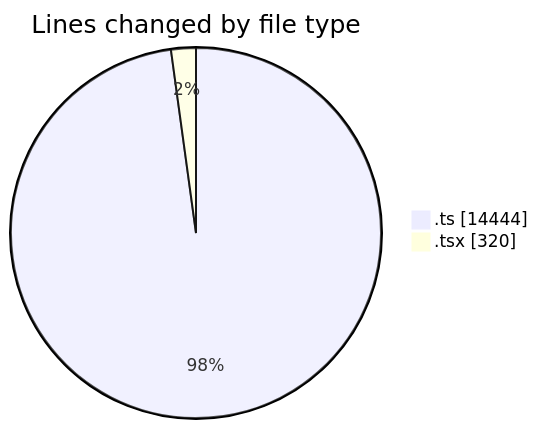
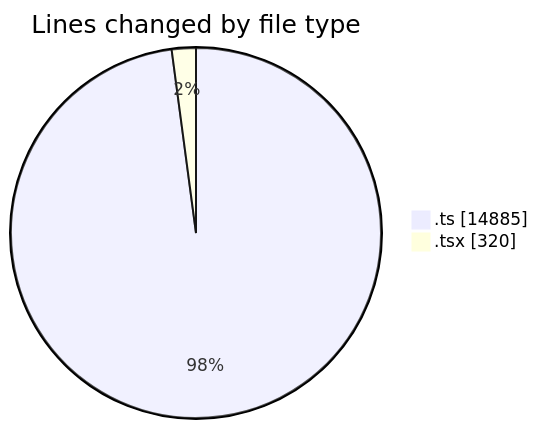
Before and after one commit to momahboobian/code-tracking: the first of 2 diagrams in 2025-08-13/cda/README.md, drawn with Mermaid. The commit also changed other lines of this file and 1 other file, not shown here.

````diff
--- a/2025-08-13/cda/README.md
+++ b/2025-08-13/cda/README.md
@@ -26,6 +27,6 @@
 ```mermaid
 pie showData
 title Lines changed by file type
-".ts" : 14444
+".ts" : 14885
 ".tsx" : 320
 ```
````
